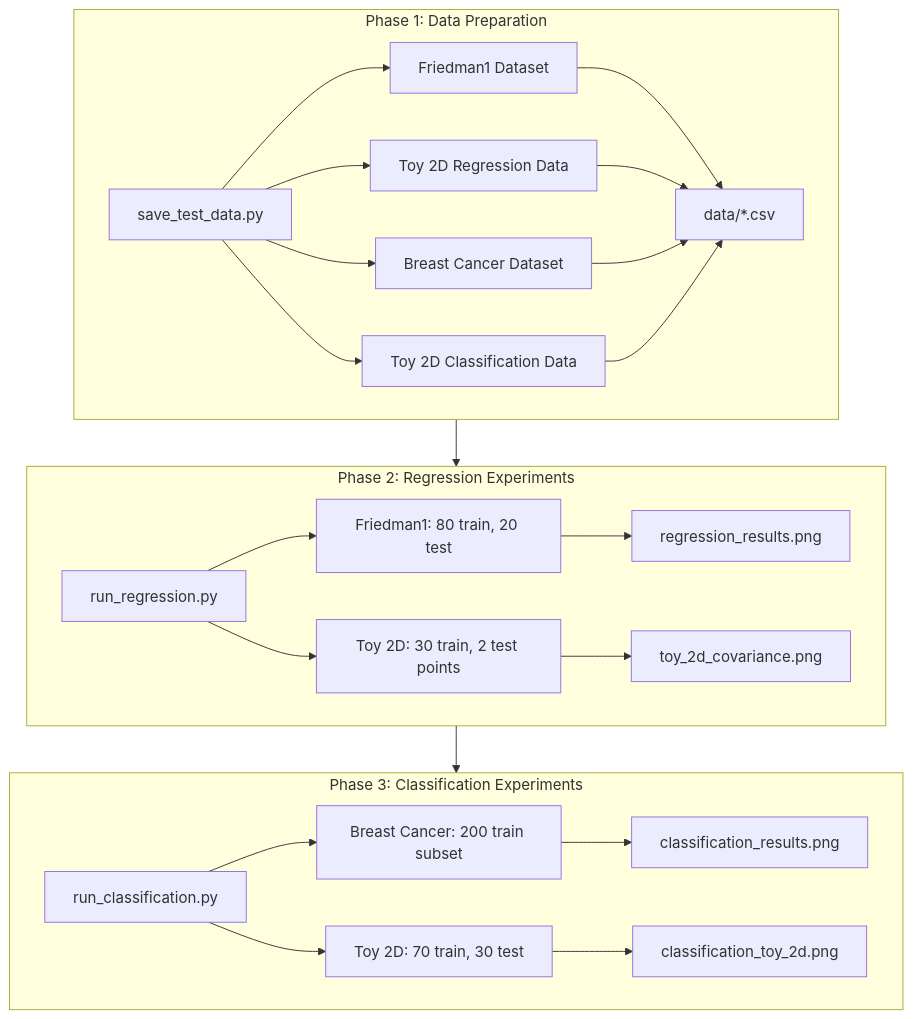
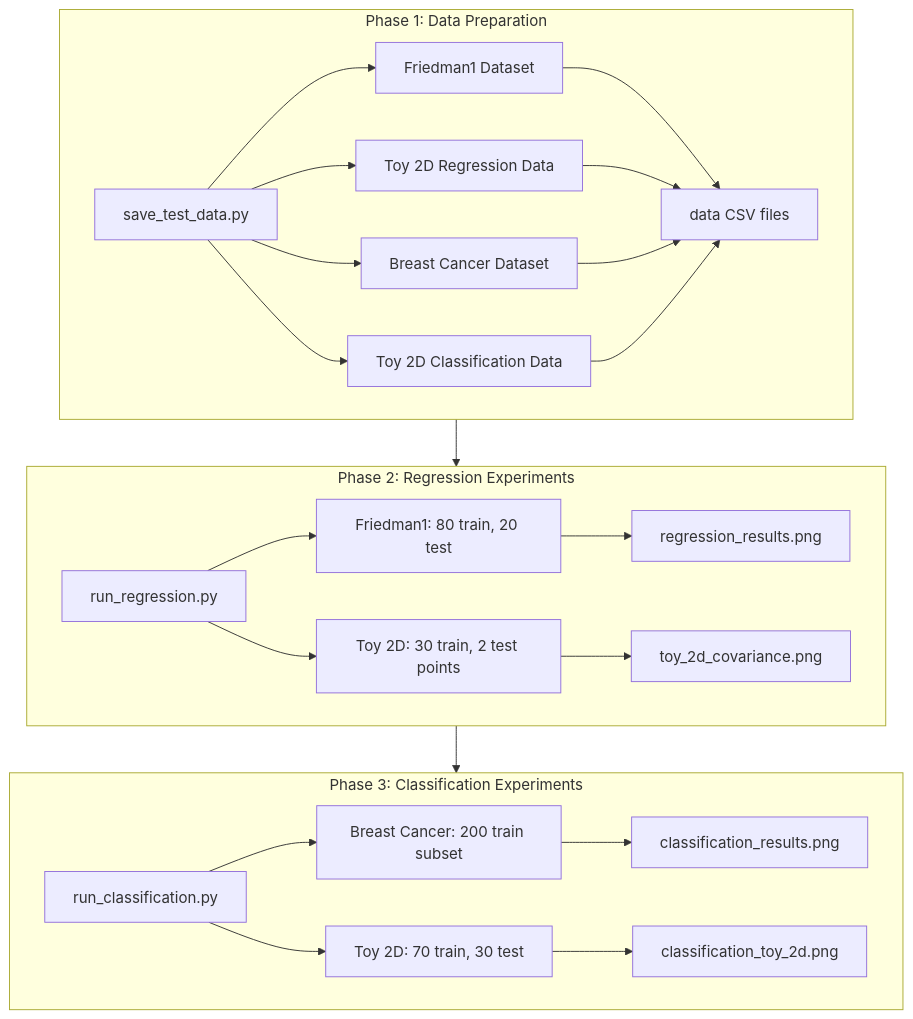
The fifth of 5 diagrams in README.md (rishi02102017/Implementation-and-Analysis-of-Gaussian-Process-Algorithms-for-Regression-and-Binary-Classification), drawn with Mermaid before and after one commit. The commit also changed other lines of this file, not shown here.

First line of the commit message:
Fix Mermaid diagram parse errors: replace special characters with ASCII

````diff
--- a/README.md
+++ b/README.md
@@ -168,30 +168,30 @@
 ```mermaid
 flowchart TB
     subgraph Phase1["Phase 1: Data Preparation"]
         P1A[save_test_data.py] --> P1B[Friedman1 Dataset]
         P1A --> P1C[Toy 2D Regression Data]
         P1A --> P1D[Breast Cancer Dataset]
         P1A --> P1E[Toy 2D Classification Data]
-        P1B --> P1F[data/*.csv]
+        P1B --> P1F[data CSV files]
         P1C --> P1F
         P1D --> P1F
         P1E --> P1F
     end
 
     subgraph Phase2["Phase 2: Regression Experiments"]
         P2A[run_regression.py] --> P2B[Friedman1: 80 train, 20 test]
         P2A --> P2C[Toy 2D: 30 train, 2 test points]
         P2B --> P2D[regression_results.png]
         P2C --> P2E[toy_2d_covariance.png]
     end
 
     subgraph Phase3["Phase 3: Classification Experiments"]
         P3A[run_classification.py] --> P3B[Breast Cancer: 200 train subset]
         P3A --> P3C[Toy 2D: 70 train, 30 test]
         P3B --> P3D[classification_results.png]
         P3C --> P3E[classification_toy_2d.png]
     end
 
     Phase1 --> Phase2
     Phase2 --> Phase3
 ```
````
